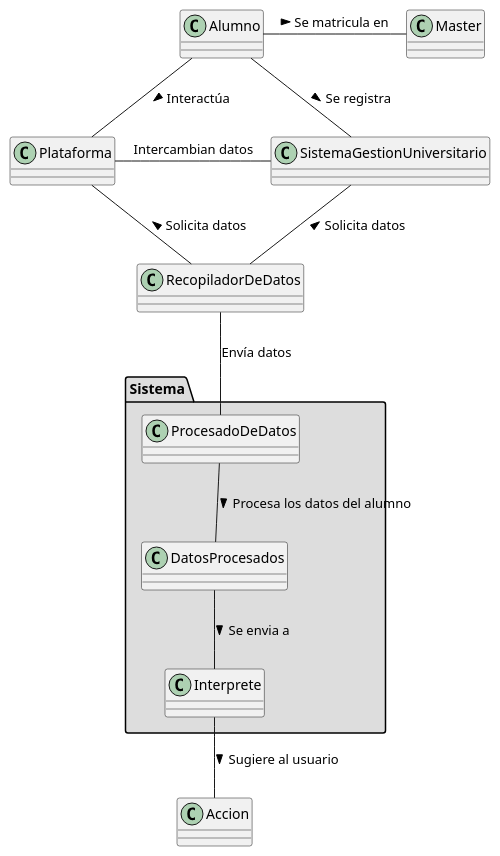
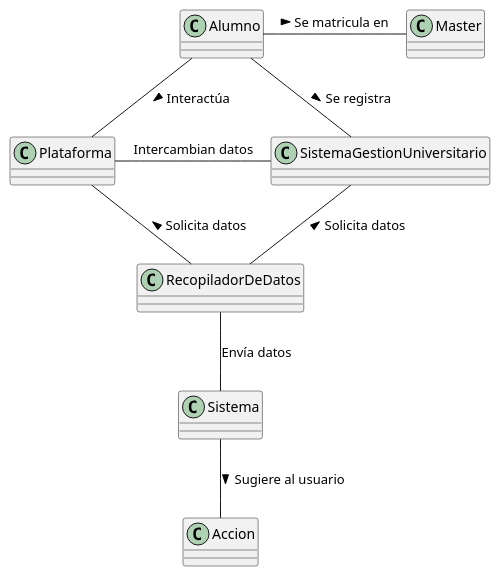
One commit to mmasias/IdSw1-22-23 changed the diagram in 000-entregas/Grupo1/ModeloDominio/01-DiagramaDeClases/Clases.puml. Above: the diagram before and after it, drawn with PlantUML.

```diff
--- a/000-entregas/Grupo1/ModeloDominio/01-DiagramaDeClases/Clases.puml
+++ b/000-entregas/Grupo1/ModeloDominio/01-DiagramaDeClases/Clases.puml
@@ -1,25 +1,16 @@
 @startuml Clases
-
-package "Sistema" #DDDDDD {
-    class ProcesadoDeDatos
-    class DatosProcesados
-    class Interprete
-}
 
 Alumno -r- Master : Se matricula en >
 Alumno -- Plataforma : Interactúa >
 Alumno -d- SistemaGestionUniversitario : Se registra >
 
 
-ProcesadoDeDatos -- DatosProcesados : Procesa los datos del alumno >
-
 Plataforma -r- SistemaGestionUniversitario : Intercambian datos
 
 SistemaGestionUniversitario -- RecopiladorDeDatos: Solicita datos <
 Plataforma -- RecopiladorDeDatos: Solicita datos <
-RecopiladorDeDatos--ProcesadoDeDatos : Envía datos 
-DatosProcesados -- Interprete : Se envia a >
+RecopiladorDeDatos--Sistema: Envía datos 
 
-Interprete -- Accion : Sugiere al usuario >
+Sistema -- Accion : Sugiere al usuario >
 
 @enduml
```
